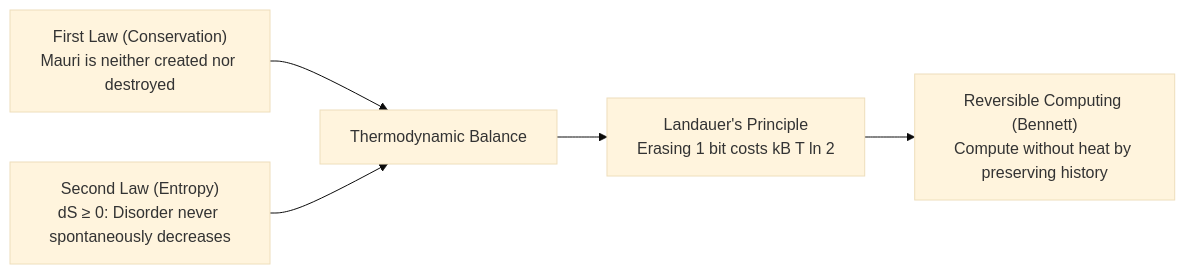
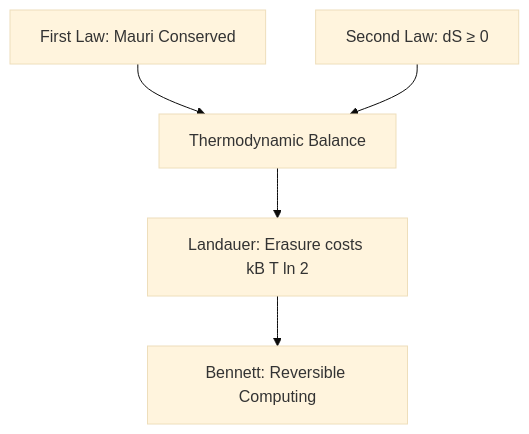
Before and after one commit to Tobillicious/mangakotukutuku-curriculum: the diagram in UNIT-02-TE-MAURI-ME-TE-HIHIKO.md, drawn with Mermaid (base theme). The commit also changed other lines of this file and 7 other files, not shown here.

````diff
--- a/UNIT-02-TE-MAURI-ME-TE-HIHIKO.md
+++ b/UNIT-02-TE-MAURI-ME-TE-HIHIKO.md
@@ -31,7 +31,7 @@
 ```mermaid
-flowchart LR
-    A["First Law (Conservation)<br/>Mauri is neither created nor destroyed"] --> C["Thermodynamic Balance"]
-    B["Second Law (Entropy)<br/>dS ≥ 0: Disorder never spontaneously decreases"] --> C
-    C --> D["Landauer's Principle<br/>Erasing 1 bit costs kB T ln 2"]
-    D --> E["Reversible Computing (Bennett)<br/>Compute without heat by preserving history"]
+flowchart TD
+    A["First Law: Mauri Conserved"] --> C["Thermodynamic Balance"]
+    B["Second Law: dS ≥ 0"] --> C
+    C --> D["Landauer: Erasure costs kB T ln 2"]
+    D --> E["Bennett: Reversible Computing"]
 ```
````
